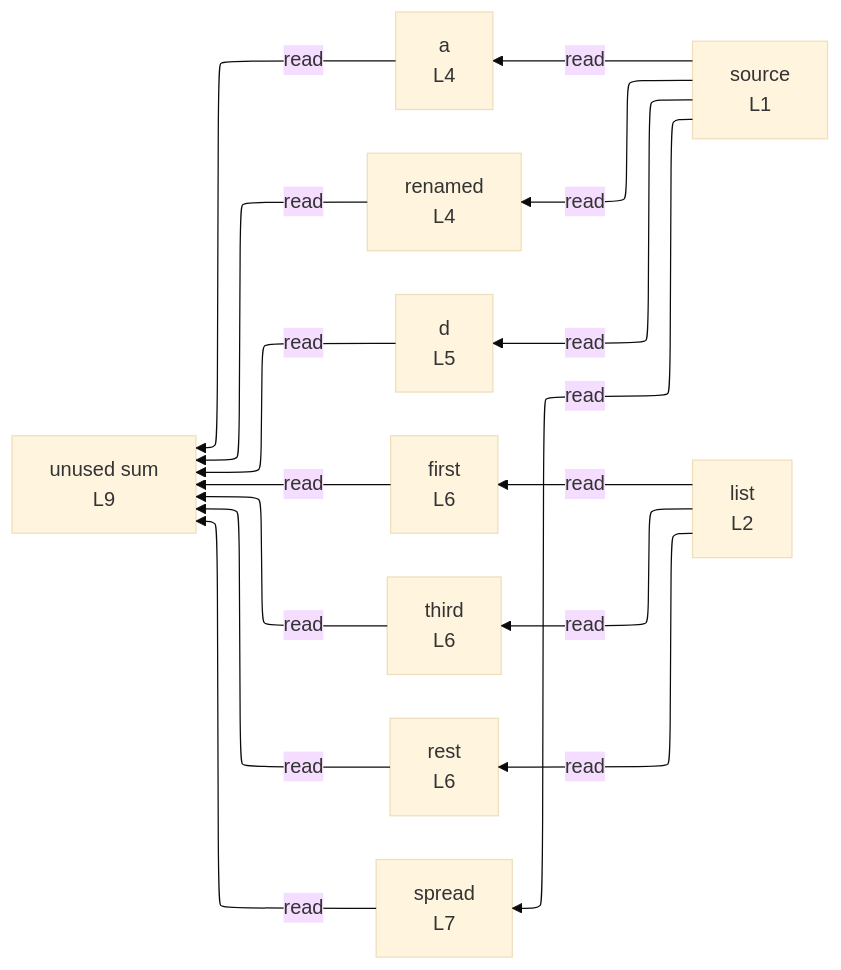
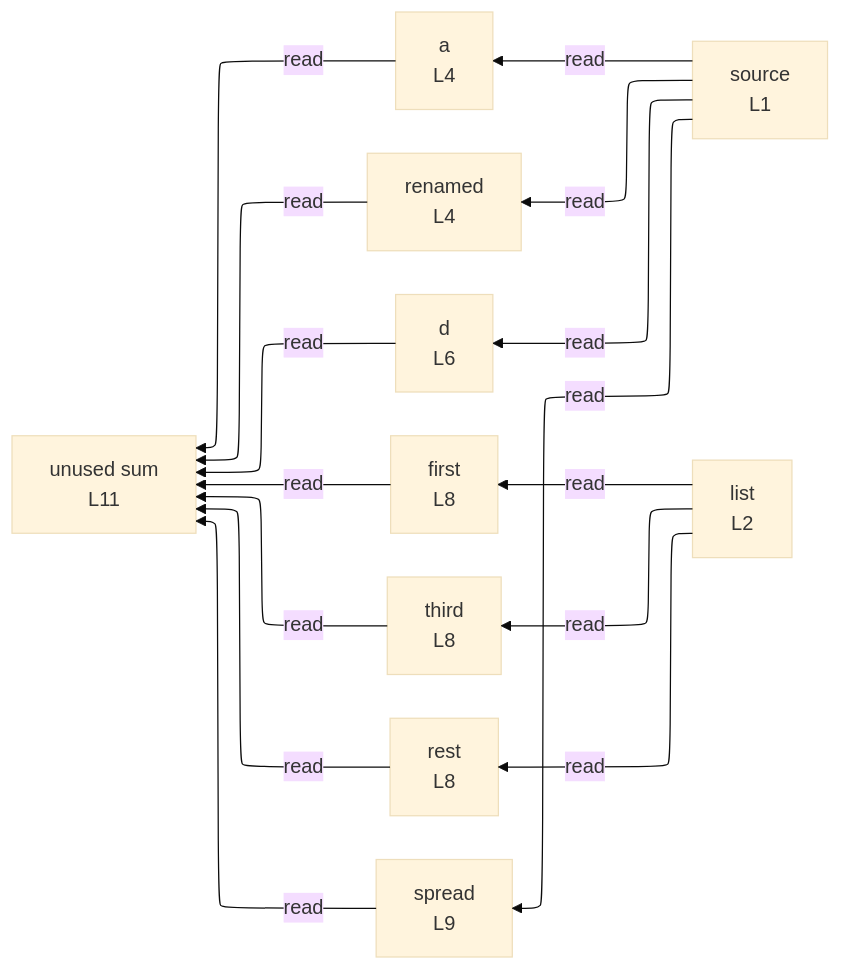
One commit to crescware/unsnarl changed the diagram in integration/fixtures/destructuring/preview.md. Above: the diagram before and after it, drawn with Mermaid (base theme). The commit also changed other lines of this file and 11 other files, not shown here.

````diff
--- a/integration/fixtures/destructuring/preview.md
+++ b/integration/fixtures/destructuring/preview.md
@@ -19,28 +22,28 @@
 ```mermaid
 %%{init: {"flowchart": {"defaultRenderer": "elk"}}}%%
 flowchart RL
   n_scope_0_source_6["source<br/>L1"]
   n_scope_0_list_61["list<br/>L2"]
   n_scope_0_a_95["a<br/>L4"]
   n_scope_0_renamed_101["renamed<br/>L4"]
-  n_scope_0_d_139["d<br/>L5"]
-  n_scope_0_first_162["first<br/>L6"]
-  n_scope_0_third_171["third<br/>L6"]
-  n_scope_0_rest_181["rest<br/>L6"]
-  n_scope_0_spread_206["spread<br/>L7"]
-  n_scope_0_sum_232["unused sum<br/>L9"]
+  n_scope_0_d_141["d<br/>L6"]
+  n_scope_0_first_165["first<br/>L8"]
+  n_scope_0_third_174["third<br/>L8"]
+  n_scope_0_rest_184["rest<br/>L8"]
+  n_scope_0_spread_209["spread<br/>L9"]
+  n_scope_0_sum_235["unused sum<br/>L11"]
   n_scope_0_source_6 -->|read| n_scope_0_a_95
   n_scope_0_source_6 -->|read| n_scope_0_renamed_101
-  n_scope_0_source_6 -->|read| n_scope_0_d_139
-  n_scope_0_list_61 -->|read| n_scope_0_first_162
-  n_scope_0_list_61 -->|read| n_scope_0_third_171
-  n_scope_0_list_61 -->|read| n_scope_0_rest_181
-  n_scope_0_source_6 -->|read| n_scope_0_spread_206
-  n_scope_0_a_95 -->|read| n_scope_0_sum_232
-  n_scope_0_renamed_101 -->|read| n_scope_0_sum_232
-  n_scope_0_d_139 -->|read| n_scope_0_sum_232
-  n_scope_0_first_162 -->|read| n_scope_0_sum_232
-  n_scope_0_third_171 -->|read| n_scope_0_sum_232
-  n_scope_0_rest_181 -->|read| n_scope_0_sum_232
-  n_scope_0_spread_206 -->|read| n_scope_0_sum_232
+  n_scope_0_source_6 -->|read| n_scope_0_d_141
+  n_scope_0_list_61 -->|read| n_scope_0_first_165
+  n_scope_0_list_61 -->|read| n_scope_0_third_174
+  n_scope_0_list_61 -->|read| n_scope_0_rest_184
+  n_scope_0_source_6 -->|read| n_scope_0_spread_209
+  n_scope_0_a_95 -->|read| n_scope_0_sum_235
+  n_scope_0_renamed_101 -->|read| n_scope_0_sum_235
+  n_scope_0_d_141 -->|read| n_scope_0_sum_235
+  n_scope_0_first_165 -->|read| n_scope_0_sum_235
+  n_scope_0_third_174 -->|read| n_scope_0_sum_235
+  n_scope_0_rest_184 -->|read| n_scope_0_sum_235
+  n_scope_0_spread_209 -->|read| n_scope_0_sum_235
 ```
````
